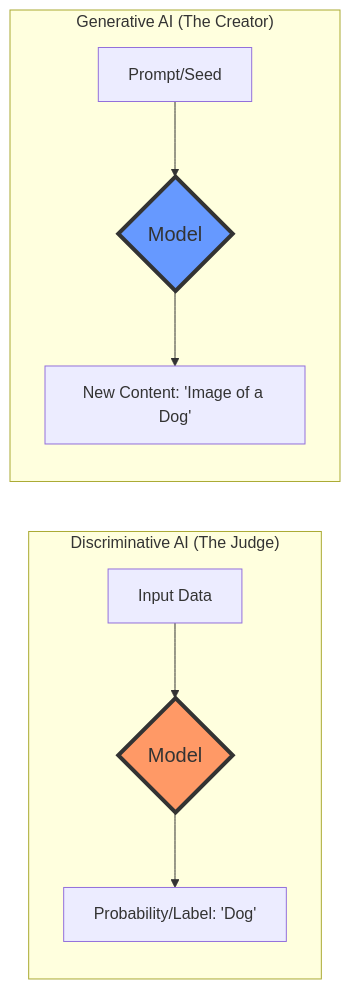
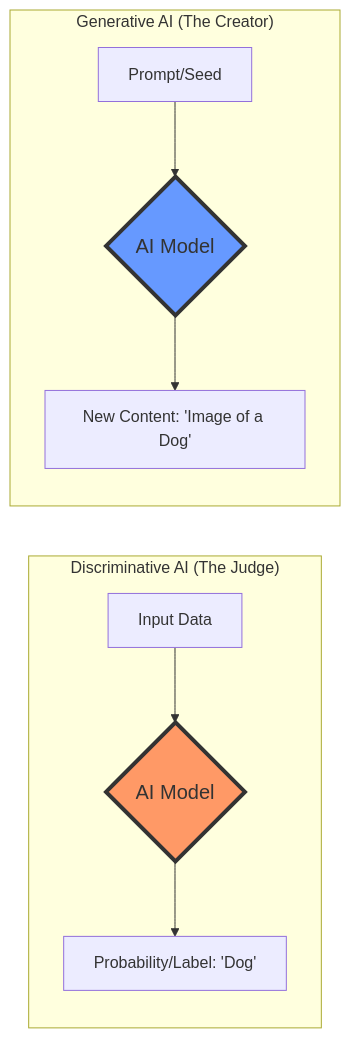
One commit to parimargu/learn-generative-ai-in-101-days-genai-for-beginners changed the first of 4 diagrams in Day1_Intro_to_GenAI.md. Above: the diagram before and after it, drawn with Mermaid.

Commit message:
Second updated content of Day 1: Introduction to Generative AI

````diff
--- a/Day1_Intro_to_GenAI.md
+++ b/Day1_Intro_to_GenAI.md
@@ -32,15 +32,15 @@
 ```mermaid
 graph LR
     subgraph "Discriminative AI (The Judge)"
-    D_Input[Input Data] --> D_Model{Model}
+    D_Input[Input Data] --> D_Model{AI Model}
     D_Model --> D_Label[Probability/Label: 'Dog']
     end
 
     subgraph "Generative AI (The Creator)"
-    G_Input[Prompt/Seed] --> G_Model{Model}
+    G_Input[Prompt/Seed] --> G_Model{AI Model}
     G_Model --> G_Output[New Content: 'Image of a Dog']
     end
 
     style D_Model fill:#f96,stroke:#333,stroke-width:4px,font-size:20px
     style G_Model fill:#69f,stroke:#333,stroke-width:4px,font-size:20px
 ```
````
